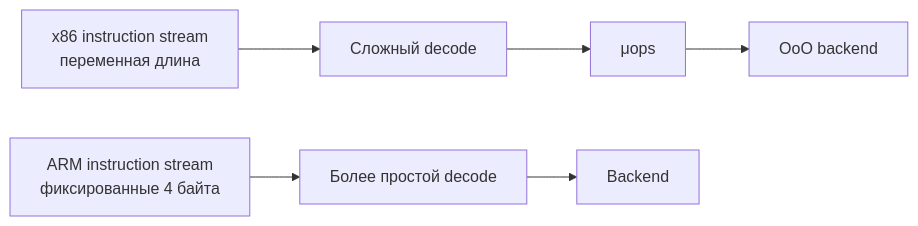
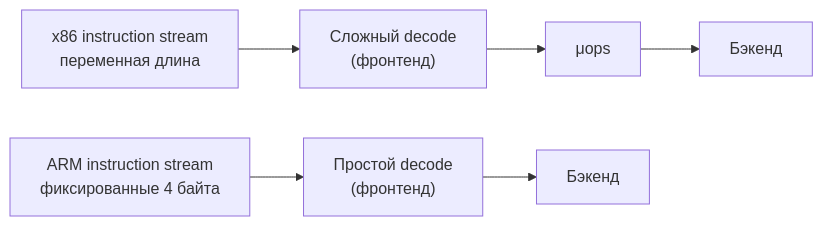
One commit to AlexeyMatskevich/cs-notes changed the diagram in computer/programmer-model/00-isa.md. Above: the diagram before and after it, drawn with Mermaid. The commit also changed other lines of this file, not shown here.

````diff
--- a/computer/programmer-model/00-isa.md
+++ b/computer/programmer-model/00-isa.md
@@ -13,9 +42,9 @@
 ```mermaid
 flowchart LR
-    X["x86 instruction stream<br/>переменная длина"] --> XD["Сложный decode"]
+    X["x86 instruction stream<br/>переменная длина"] --> XD["Сложный decode<br/>(фронтенд)"]
     XD --> U["μops"]
-    U --> XB["OoO backend"]
+    U --> XB["Бэкенд"]
 
-    A["ARM instruction stream<br/>фиксированные 4 байта"] --> AD["Более простой decode"]
-    AD --> AB["Backend"]
+    A["ARM instruction stream<br/>фиксированные 4 байта"] --> AD["Простой decode<br/>(фронтенд)"]
+    AD --> AB["Бэкенд"]
 ```
````
